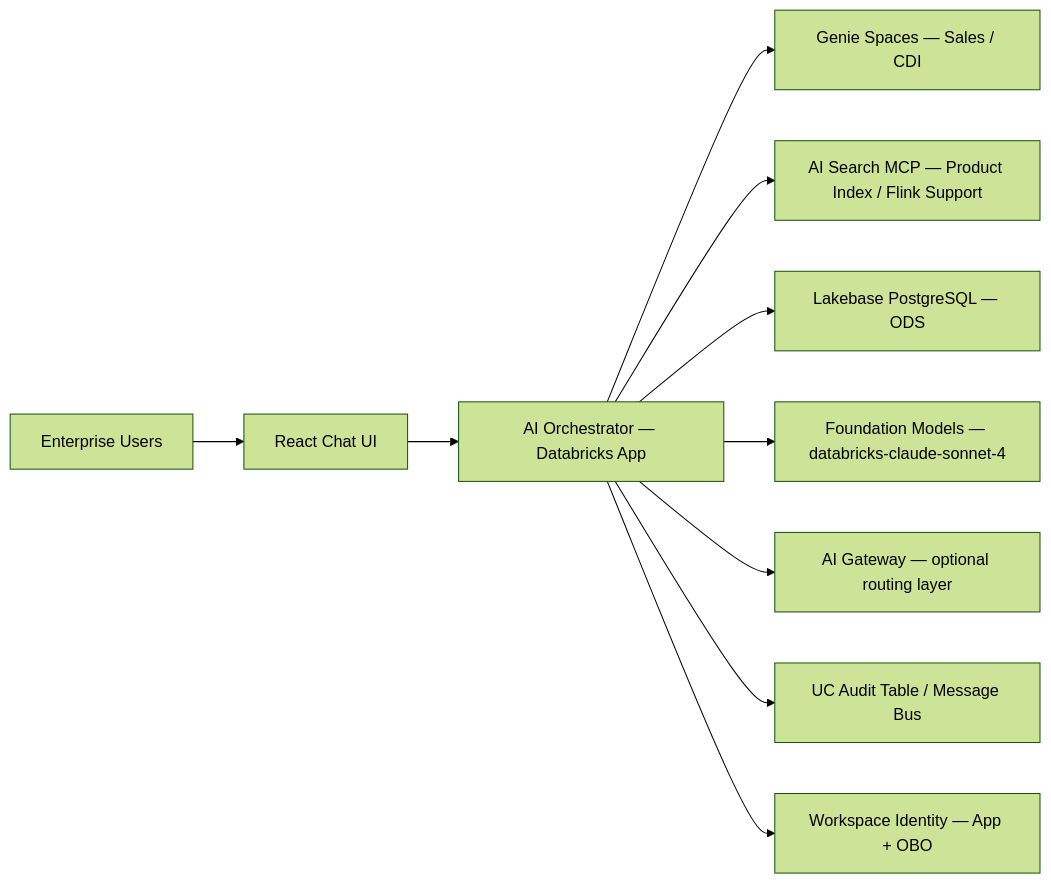
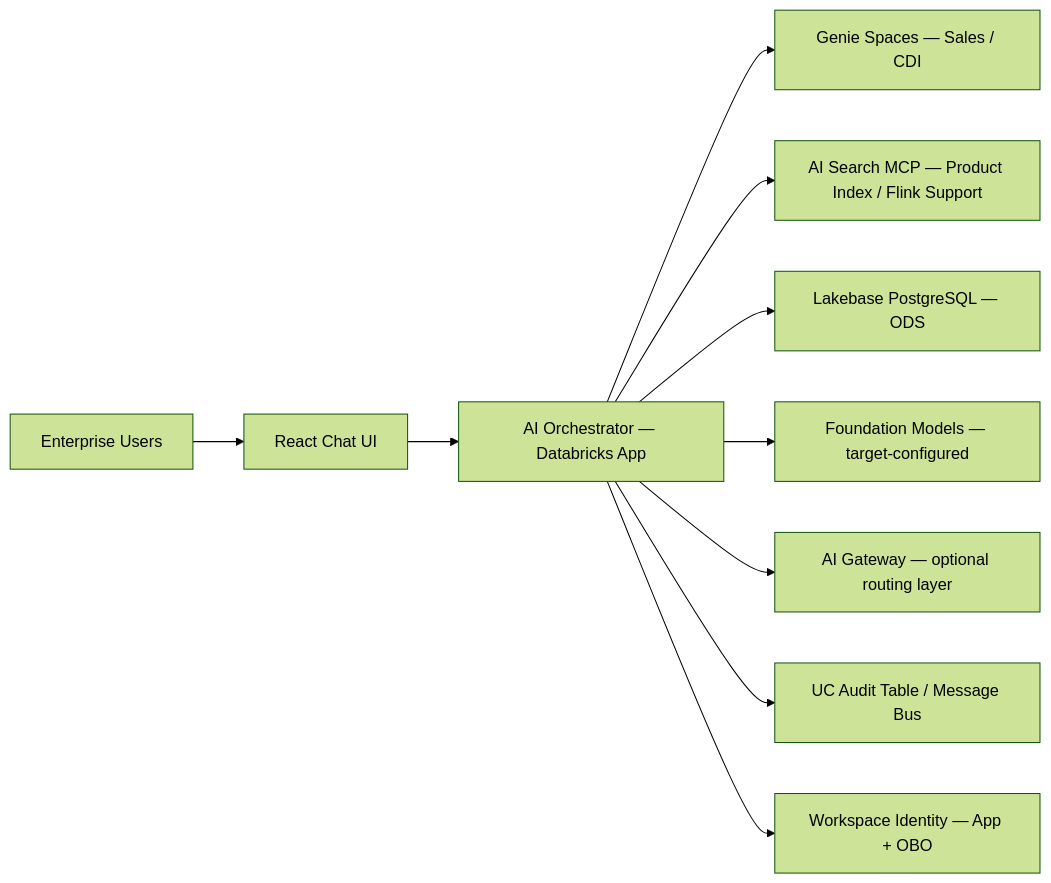
Before and after one commit to wchen-dea/Governed-Multi-Agent-Intelligence-on-Databricks: the third of 4 diagrams in docs/architecture/design-artifacts/01-concept-high-level.md, drawn with Mermaid (forest theme). The commit also changed 33 other files, not shown here.

````diff
--- a/docs/architecture/design-artifacts/01-concept-high-level.md
+++ b/docs/architecture/design-artifacts/01-concept-high-level.md
@@ -42,12 +42,12 @@
 ```mermaid
 flowchart LR
     User[Enterprise Users] --> UI[React Chat UI]
     UI --> AISYS[AI Orchestrator — Databricks App]
     AISYS --> Genie[Genie Spaces — Sales / CDI]
     AISYS --> AIS[AI Search MCP — Product Index / Flink Support]
     AISYS --> LB[Lakebase PostgreSQL — ODS]
-    AISYS --> FM[Foundation Models — databricks-claude-sonnet-4]
+    AISYS --> FM[Foundation Models — target-configured]
     AISYS --> AIGW[AI Gateway — optional routing layer]
     AISYS --> Audit[UC Audit Table / Message Bus]
     AISYS --> Identity[Workspace Identity — App + OBO]
 ```
````
